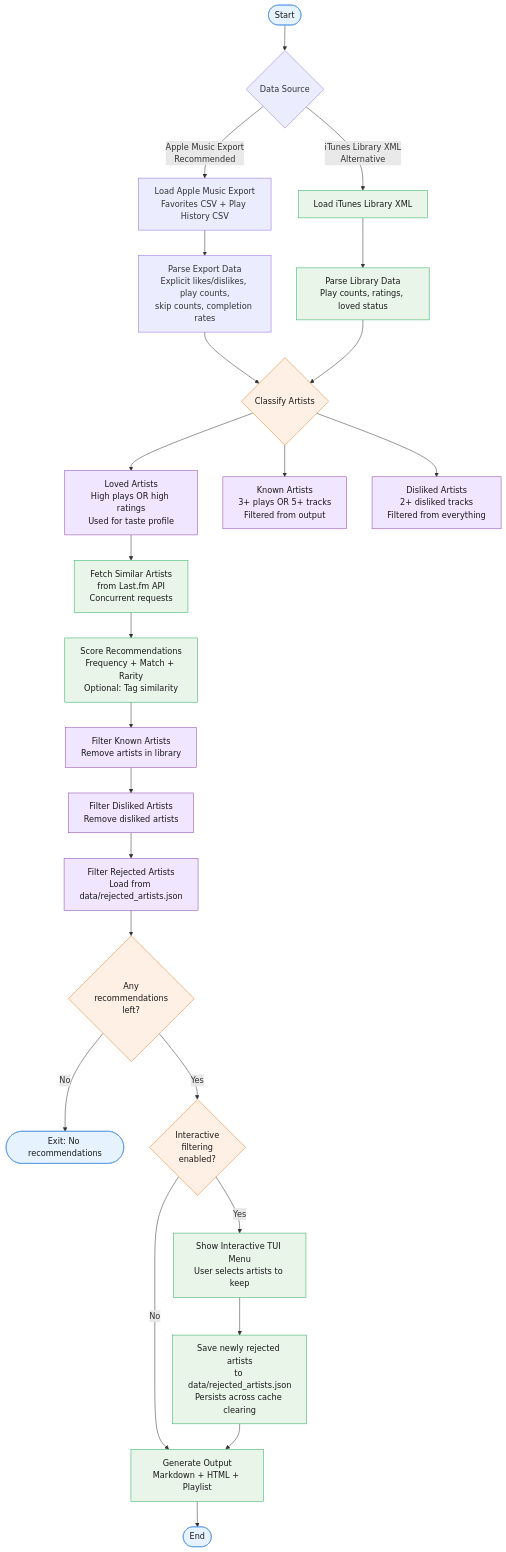
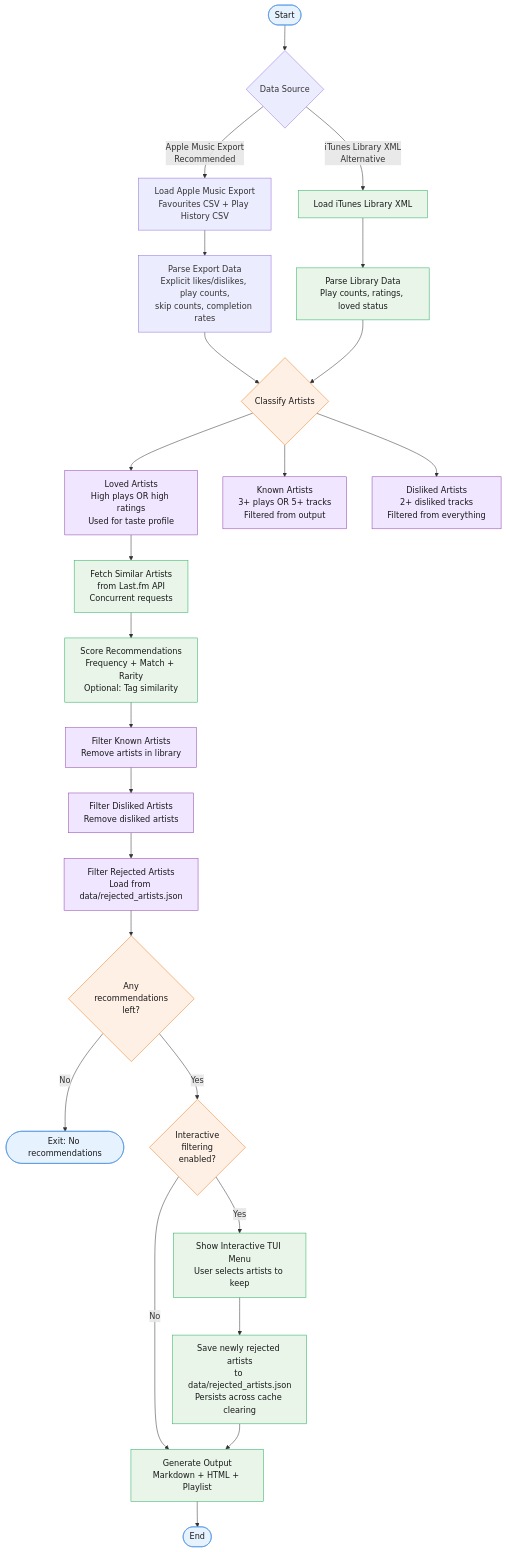
The diagram in README.md (sammcj/beatfinder), drawn with Mermaid before and after one commit. The commit also changed other lines of this file and 14 other files, not shown here.

````diff
--- a/README.md
+++ b/README.md
@@ -45,53 +45,53 @@
 ```mermaid
 flowchart TD
     Start([Start]) --> CheckSource{Data Source}
 
-    CheckSource -->|Apple Music Export<br>Recommended| LoadExport[Load Apple Music Export<br>Favorites CSV + Play History CSV]
+    CheckSource -->|Apple Music Export<br>Recommended| LoadExport[Load Apple Music Export<br>Favourites CSV + Play History CSV]
     CheckSource -->|iTunes Library XML<br>Alternative| LoadLibrary[Load iTunes Library XML]
 
     LoadExport --> ParseExport[Parse Export Data<br>Explicit likes/dislikes, play counts,<br>skip counts, completion rates]
     LoadLibrary --> ParseLibrary[Parse Library Data<br>Play counts, ratings, loved status]
 
     ParseExport --> ClassifyArtists{Classify Artists}
     ParseLibrary --> ClassifyArtists
 
     ClassifyArtists --> LovedArtists[Loved Artists<br>High plays OR high ratings<br>Used for taste profile]
     ClassifyArtists --> KnownArtists[Known Artists<br>3+ plays OR 5+ tracks<br>Filtered from output]
     ClassifyArtists --> DislikedArtists[Disliked Artists<br>2+ disliked tracks<br>Filtered from everything]
 
     LovedArtists --> FetchSimilar[Fetch Similar Artists<br>from Last.fm API<br>Concurrent requests]
 
     FetchSimilar --> Score[Score Recommendations<br>Frequency + Match + Rarity<br>Optional: Tag similarity]
 
     Score --> FilterKnown[Filter Known Artists<br>Remove artists in library]
 
     FilterKnown --> FilterDisliked[Filter Disliked Artists<br>Remove disliked artists]
 
     FilterDisliked --> FilterRejected[Filter Rejected Artists<br>Load from data/rejected_artists.json]
 
     FilterRejected --> CheckEmpty{Any<br>recommendations<br>left?}
 
     CheckEmpty -->|No| NoRecs([Exit: No recommendations])
 
     CheckEmpty -->|Yes| CheckInteractive{Interactive<br>filtering<br>enabled?}
 
     CheckInteractive -->|Yes| ShowTUI[Show Interactive TUI Menu<br>User selects artists to keep]
     CheckInteractive -->|No| Output
 
     ShowTUI --> SaveRejected[Save newly rejected artists<br>to data/rejected_artists.json<br>Persists across cache clearing]
 
     SaveRejected --> Output[Generate Output<br>Markdown + HTML + Playlist]
 
     Output --> End([End])
 
     classDef inputOutput fill:#E6F3FF,stroke:#4A90E2,color:#1a1a1a
     classDef process fill:#E8F5E8,stroke:#27AE60,color:#1a1a1a
     classDef decision fill:#FFF0E6,stroke:#E67E22,color:#1a1a1a
     classDef filter fill:#F0E6FF,stroke:#8E44AD,color:#1a1a1a
     classDef stop fill:#F8D7DA,stroke:#E74C3C,color:#1a1a1a
 
     class Start,End,NoRecs inputOutput
     class LoadLibrary,ParseLibrary,FetchSimilar,Score,ShowTUI,SaveRejected,Output process
     class ClassifyArtists,CheckEmpty,CheckInteractive decision
     class LovedArtists,KnownArtists,DislikedArtists,FilterKnown,FilterDisliked,FilterRejected filter
 ```
````
